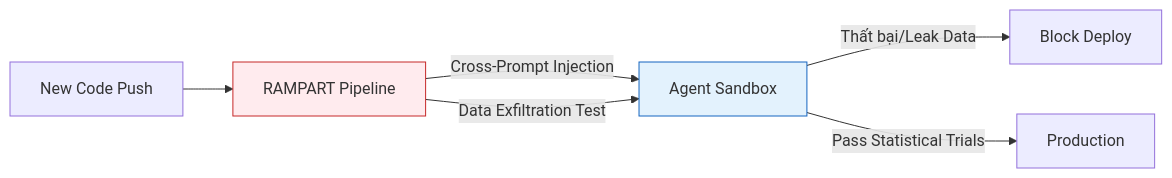
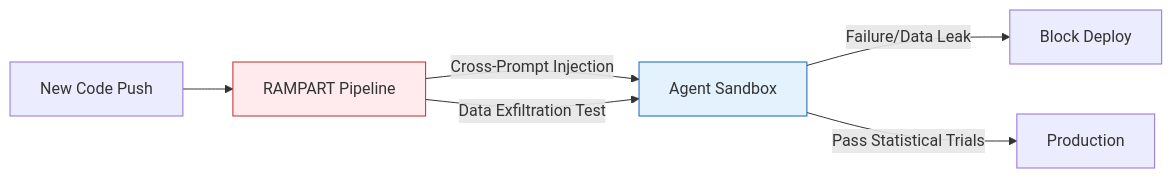
Before and after one commit to vesviet/vesviet: the diagram in content/radar/2026-05/radar-2026-05-22.md, drawn with Mermaid. The commit also changed other lines of this file and 2 other files, not shown here.

````diff
--- a/content/radar/2026-05/radar-2026-05-22.md
+++ b/content/radar/2026-05/radar-2026-05-22.md
@@ -53,11 +53,11 @@
 ```mermaid
 flowchart LR
     A[New Code Push] --> B[RAMPART Pipeline]
     B -->|Cross-Prompt Injection| C[Agent Sandbox]
     B -->|Data Exfiltration Test| C
-    C -->|Thất bại/Leak Data| D[Block Deploy]
+    C -->|Failure/Data Leak| D[Block Deploy]
     C -->|Pass Statistical Trials| E[Production]
     
     style B fill:#ffebee,stroke:#c62828
     style C fill:#e3f2fd,stroke:#1565c0
 ```
````
